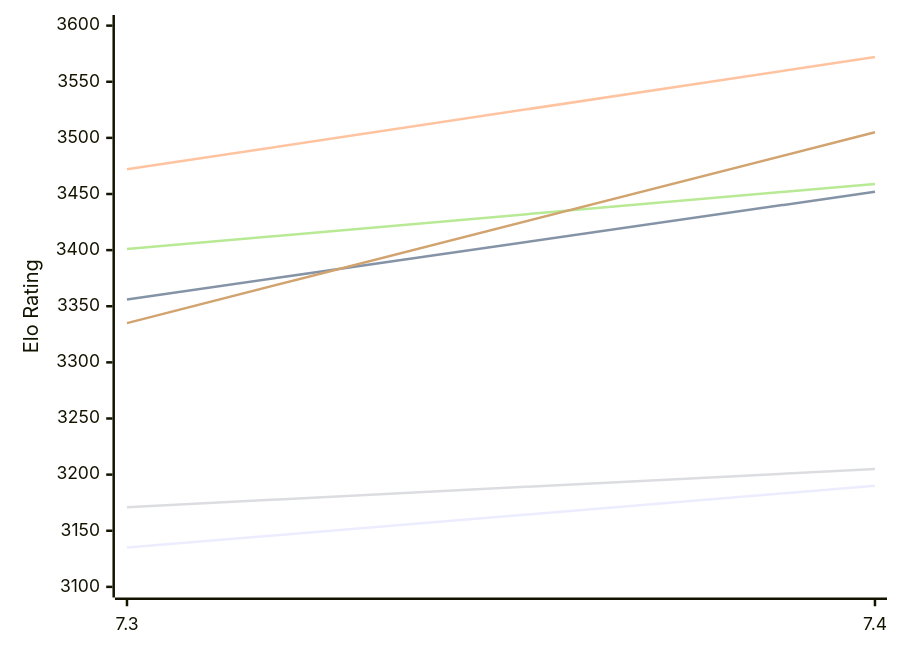
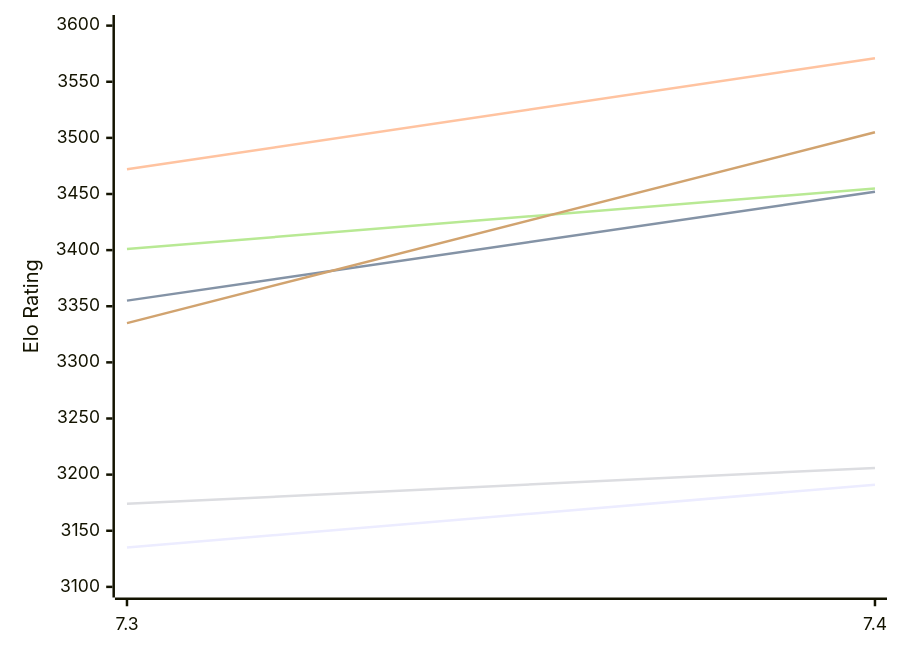
Before and after one commit to computer-chess-index/cci: the diagram in engines/Booot.md, drawn with Mermaid. The commit also changed other lines of this file, not shown here.

Commit message:
Update CCI Ratings (ELO VLTC) - 2026-11-27

````diff
--- a/engines/Booot.md
+++ b/engines/Booot.md
@@ -49,12 +49,12 @@
 ```mermaid
 %%{init: {"theme":"base","themeVariables":{"seriesColors:['#a3a3a3','#222221','#faa371']}}}%%
 xychart-beta
   x-axis ["7.3", "7.4"]
   y-axis "Elo Rating" 3100 --> 3600
-  line "E1: STC (8.0+0.08s)" [3135, 3190]
-  line "E1: LTC (60.0+0.60s)" [3356, 3452]
-  line "E1: VLTC (2m24s+1.12s)" [3472, 3572]
-  line "P1: STC (8.0+0.08s)" [3171, 3205]
-  line "P1: LTC (60.0+0.60s)" [3401, 3459]
+  line "E1: STC (8.0+0.08s)" [3135, 3191]
+  line "E1: LTC (60.0+0.60s)" [3355, 3452]
+  line "E1: VLTC (2m24s+1.12s)" [3472, 3571]
+  line "P1: STC (8.0+0.08s)" [3174, 3206]
+  line "P1: LTC (60.0+0.60s)" [3401, 3455]
   line "P1: VLTC (2m24s+1.12s)" [3335, 3505]
 ```
````
